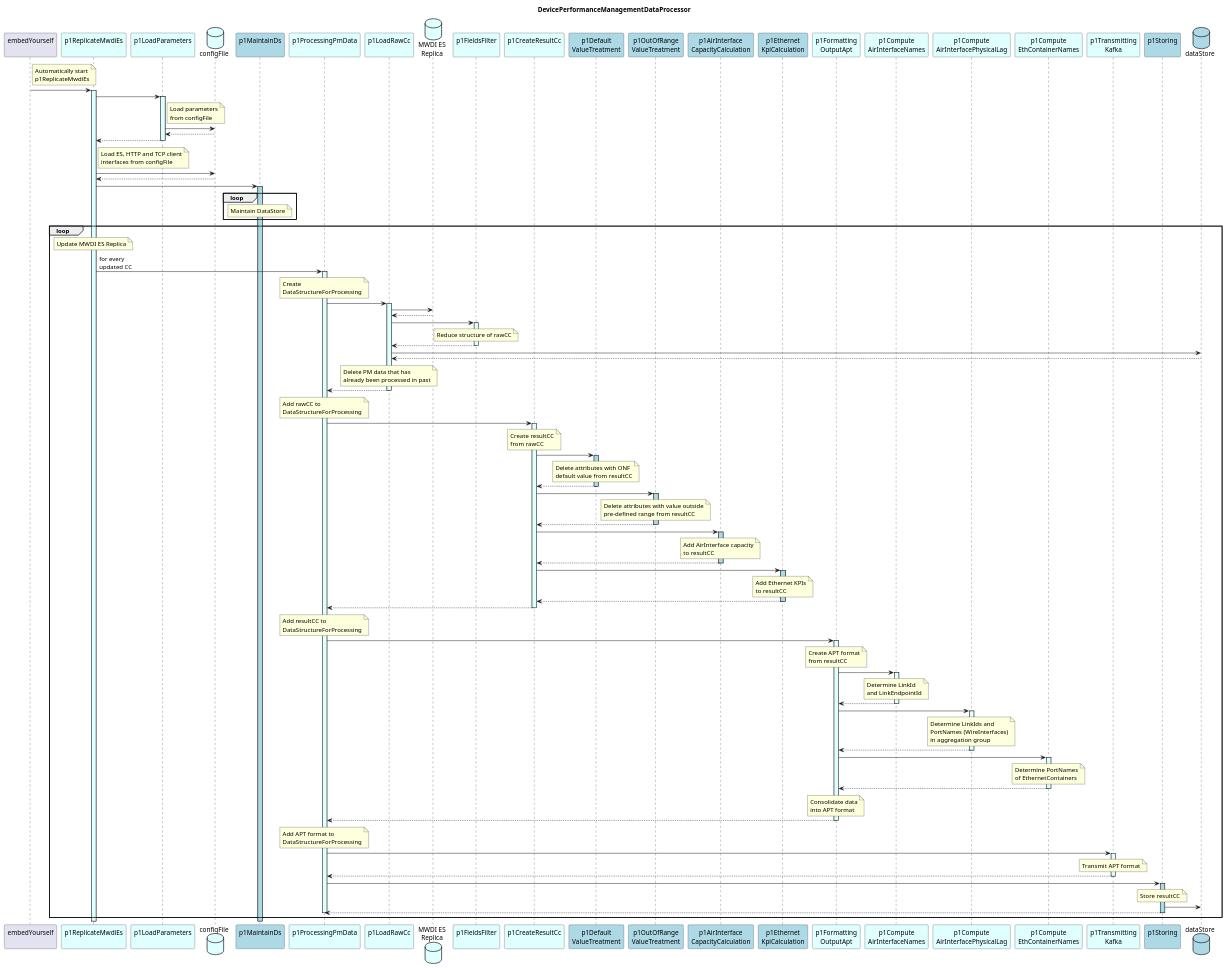
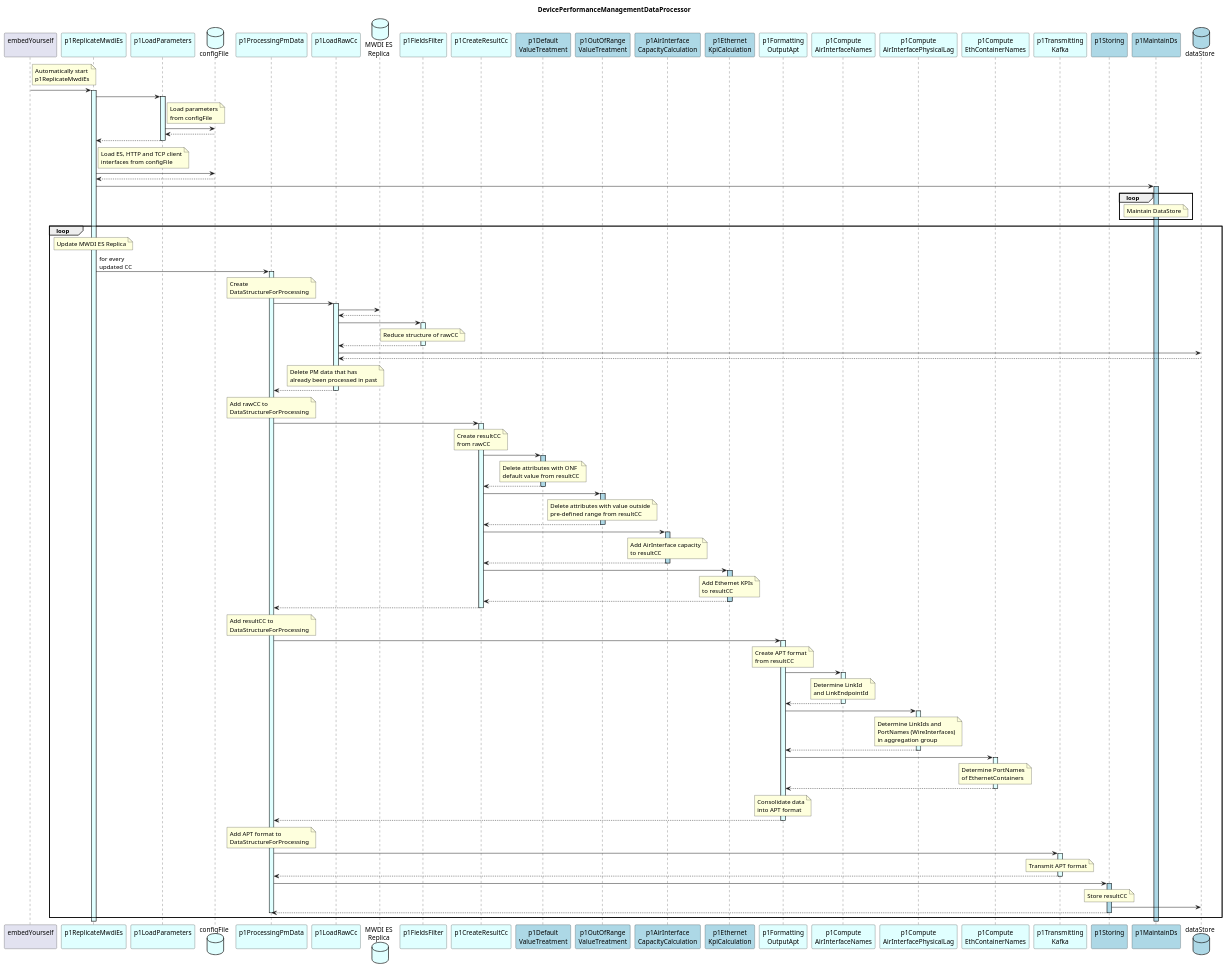
The diagram in spec/diagrams/hl_sequence.plantuml (openBackhaul/DevicePerformanceManagementDataProcessor), drawn with PlantUML before and after one commit. The commit also changed other lines of this file and 5 other files, not shown here.

```diff
--- a/spec/diagrams/hl_sequence.plantuml
+++ b/spec/diagrams/hl_sequence.plantuml
@@ -9,7 +9,6 @@
 participant "p1ReplicateMwdiEs\n" as p1RMWDI #LightCyan
 participant "p1LoadParameters\n" as p1LP #LightCyan
 database "configFile" as configFile #LightCyan
-participant "p1MaintainDs\n" as p1MDS #LightBlue
 
 participant "p1ProcessingPmData\n" as p1ProOrch #LightCyan
 
@@ -32,6 +31,7 @@
 participant "p1Transmitting\nKafka" as p1Trans #LightCyan
 
 participant "p1Storing\n" as p1Store #LightBlue
+participant "p1MaintainDs\n" as p1MDS #LightBlue
 database "dataStore" as db #LightBlue
 
 
```
